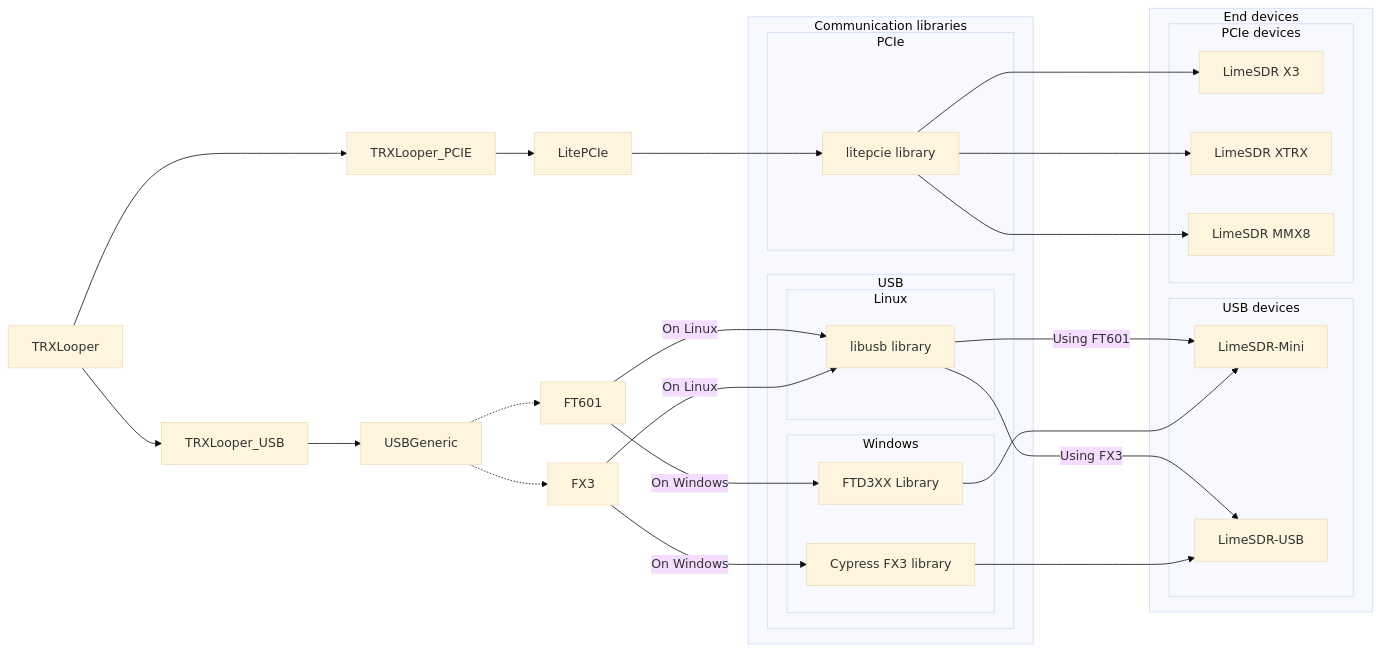
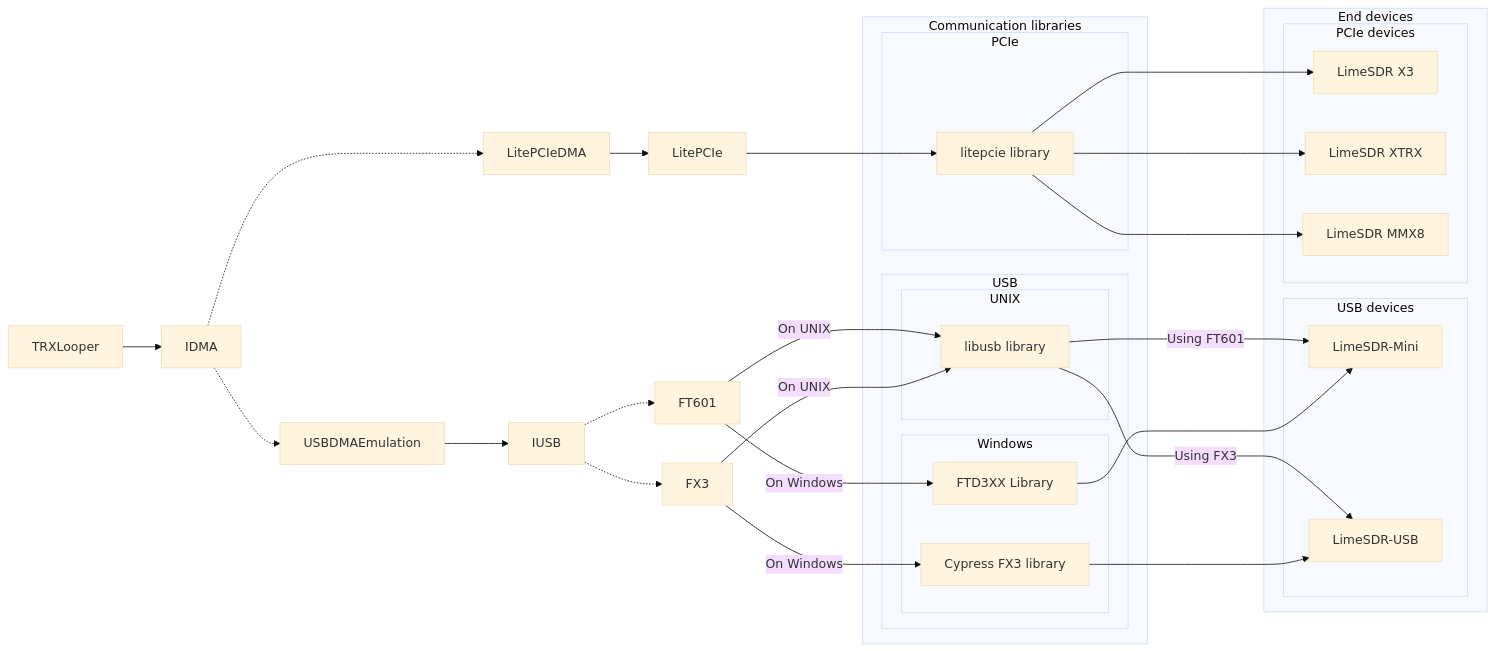
One commit to myriadrf/LimeSuiteNG changed the diagram in docs/development/diagrams/trxlooper.mmd. Above: the diagram before and after it, drawn with Mermaid (base theme). The commit also changed 1 other file, not shown here.

Commit message:
Update the other two diagrams as well

```diff
--- a/docs/development/diagrams/trxlooper.mmd
+++ b/docs/development/diagrams/trxlooper.mmd
@@ -1,39 +1,39 @@
 flowchart LR
     subgraph End devices
         subgraph USB devices
             SDRMini["LimeSDR-Mini"]
             SDR["LimeSDR-USB"]
         end
         subgraph PCIe devices
             X3["LimeSDR X3"]
             XTRX["LimeSDR XTRX"]
             MMX8["LimeSDR MMX8"]
         end
     end
 
     subgraph Communication libraries
         subgraph USB
-            subgraph Linux
+            subgraph UNIX
                 libusb["libusb library"]
             end
             subgraph Windows
                 Cypress["Cypress FX3 library"]
                 FTD3XX["FTD3XX Library"]
             end
         end
         subgraph PCIe
             litepcie["litepcie library"]
         end
     end
 
-    TRXLooper-->TRXLooper_USB & TRXLooper_PCIE
+    TRXLooper-->IDMA
 
-    TRXLooper_PCIE-->LitePCIe-->litepcie-->X3 & XTRX & MMX8
-    TRXLooper_USB-->USBGeneric-.->FX3 & FT601
+    IDMA-.->LitePCIeDMA-->LitePCIe-->litepcie-->X3 & XTRX & MMX8
+    IDMA-.->USBDMAEmulation-->IUSB-.->FX3 & FT601
 
     FX3-->|On Windows|Cypress-->SDR
     FT601-->|On Windows|FTD3XX-->SDRMini
-    FX3 & FT601-->|On Linux|libusb
+    FX3 & FT601-->|On UNIX|libusb
 
     libusb-->|Using FT601|SDRMini 
     libusb-->|Using FX3|SDR
```
